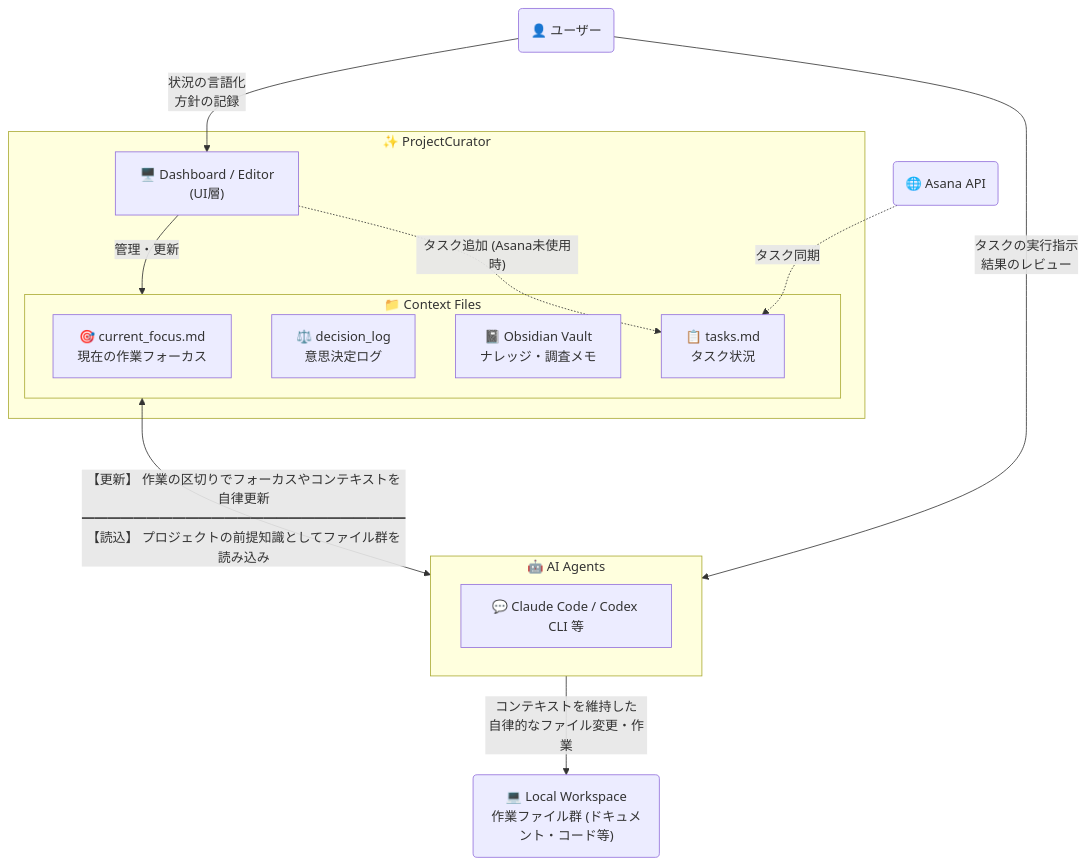
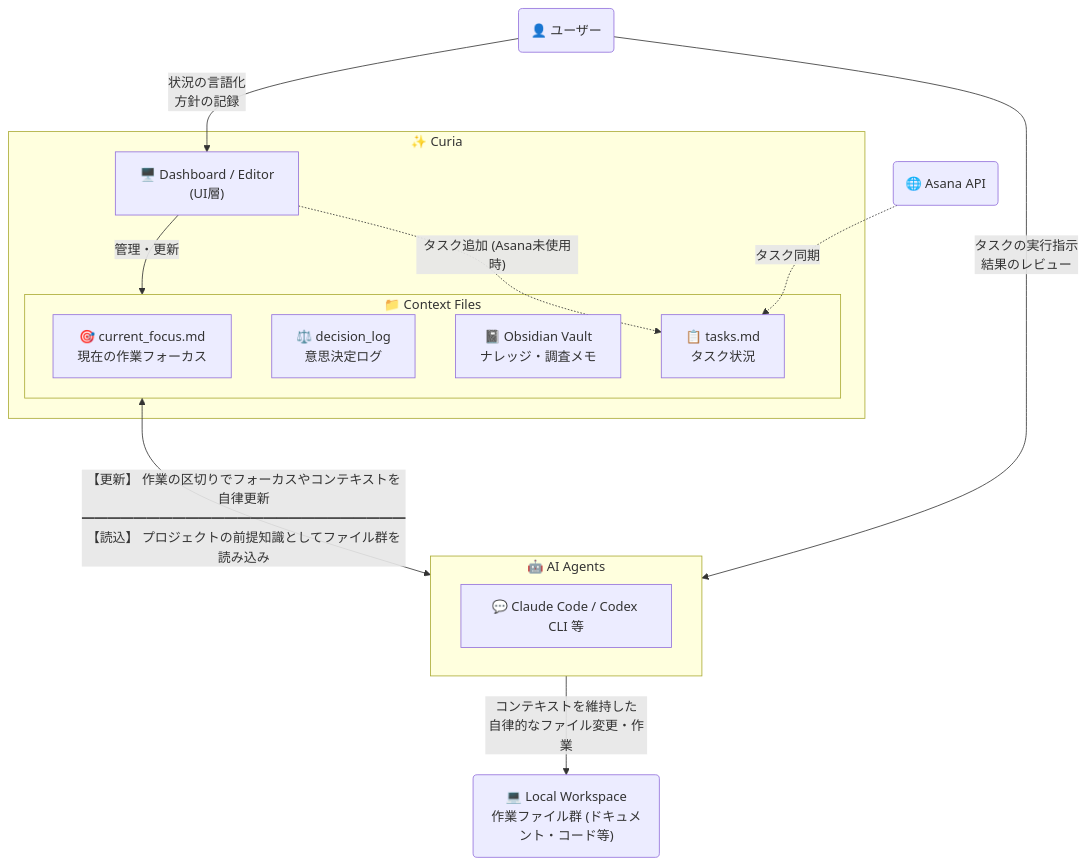
One commit to yt3trees/ProjectCurator changed the diagram in README-ja.md. Above: the diagram before and after it, drawn with Mermaid. The commit also changed other lines of this file and 105 other files, not shown here.

````diff
--- a/README-ja.md
+++ b/README-ja.md
@@ -10,37 +10,37 @@
 ```mermaid
 flowchart TD
     User("👤 ユーザー")
 
-    %% ProjectCurator (コンテキスト管理)
-    subgraph PC ["✨ ProjectCurator"]
+    %% Curia (コンテキスト管理)
+    subgraph PC ["✨ Curia"]
         UI["🖥️ Dashboard / Editor<br>(UI層)"]
         
         subgraph MD ["📁 Context Files"]
             F1["🎯 current_focus.md<br>現在の作業フォーカス"]
             F2["⚖️ decision_log<br>意思決定ログ"]
             F4["📓 Obsidian Vault<br>ナレッジ・調査メモ"]
             F3["📋 tasks.md<br>タスク状況"]
         end
         
         UI -->|管理・更新| MD
     end
 
     %% AIエージェントと対象ワークスペース
     subgraph AI ["🤖 AI Agents"]
         AgentList["💬 Claude Code / Codex CLI 等"]
     end
 
     Asana("🌐 Asana API")
     Workspace("💻 Local Workspace<br>作業ファイル群 (ドキュメント・コード等)")
 
     %% ワークフロー
     User -->|タスクの実行指示<br>結果のレビュー| AI
     User -->|状況の言語化<br>方針の記録| UI
     
     Asana -.->|タスク同期| F3
     UI -.->|"タスク追加 (Asana未使用時)"| F3
     
     MD <-->|【更新】 作業の区切りでフォーカスやコンテキストを自律更新<br>━━━━━━━━━━━━━━━━━━━━━━━━━<br>【読込】 プロジェクトの前提知識としてファイル群を読み込み| AI
     
     AI -->|コンテキストを維持した<br>自律的なファイル変更・作業| Workspace
 ```
````
